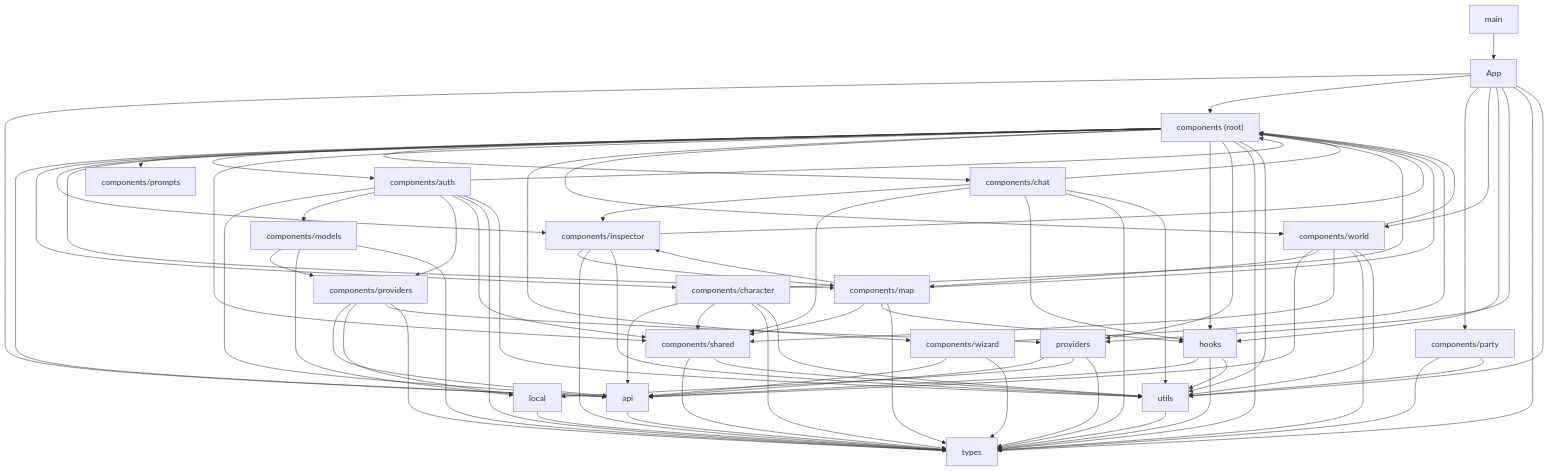
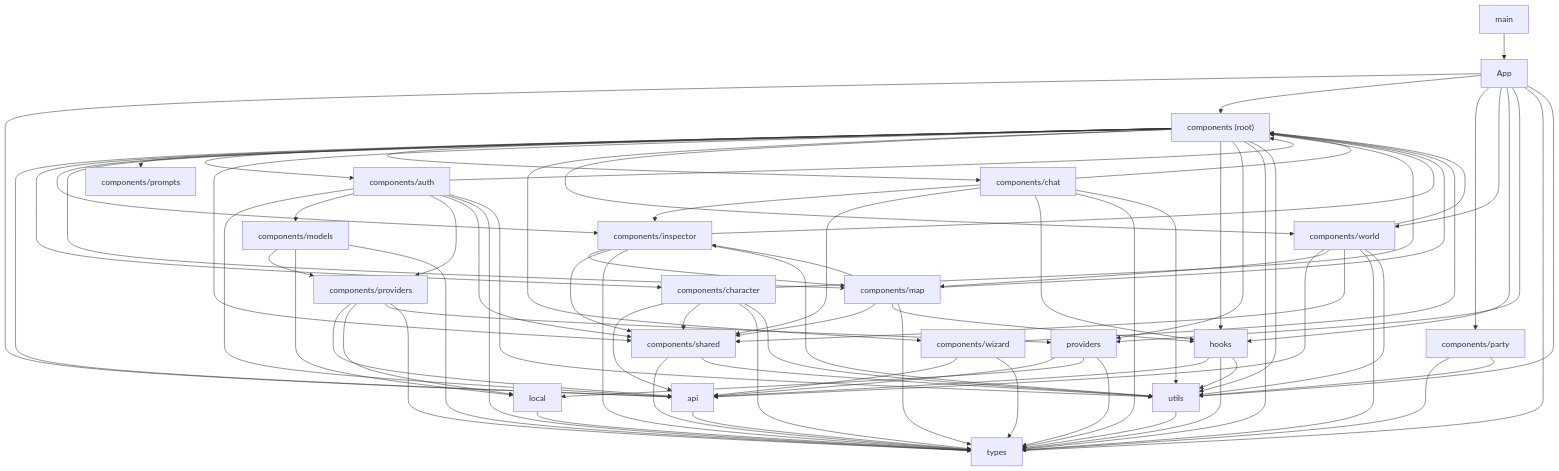
Before and after one commit to diegolima/CyberCantina: the diagram in docs/architecture/FRONTEND_GRAPH.md, drawn with Mermaid. The commit also changed other lines of this file and 83 other files, not shown here.

```diff
--- a/docs/architecture/FRONTEND_GRAPH.md
+++ b/docs/architecture/FRONTEND_GRAPH.md
@@ -77,6 +77,7 @@
     b_5 --> b_20
     b_6 --> b_2
     b_6 --> b_7
+    b_6 --> b_12
     b_6 --> b_19
     b_6 --> b_20
     b_7 --> b_2
```
